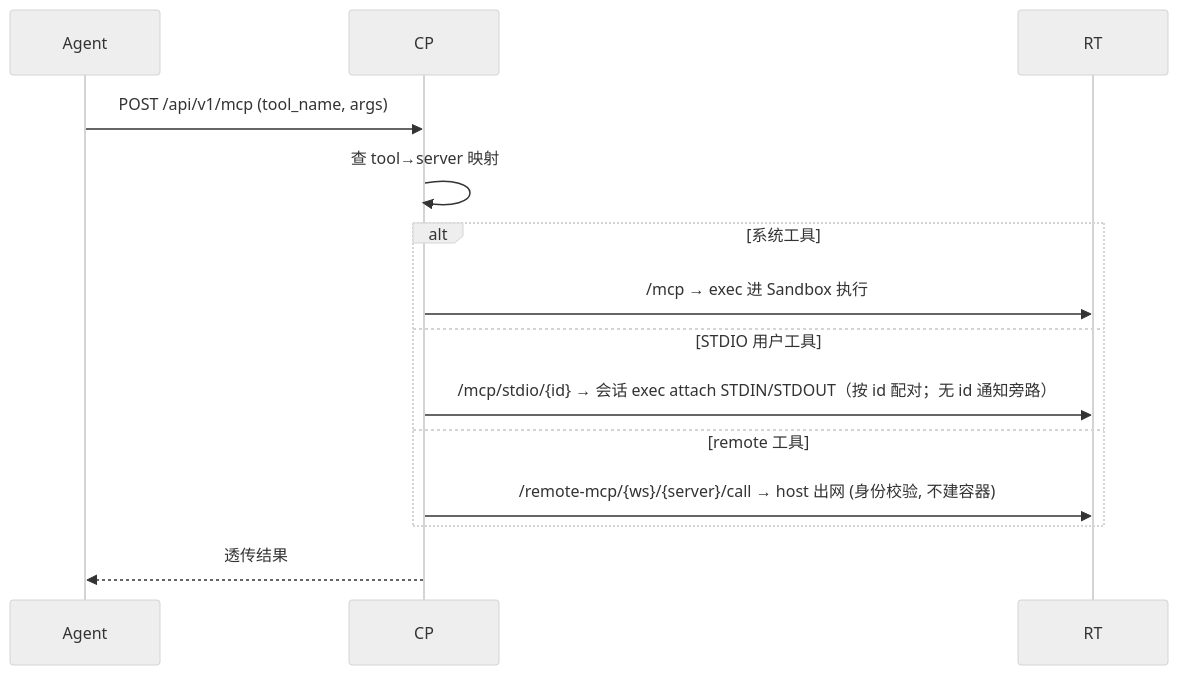
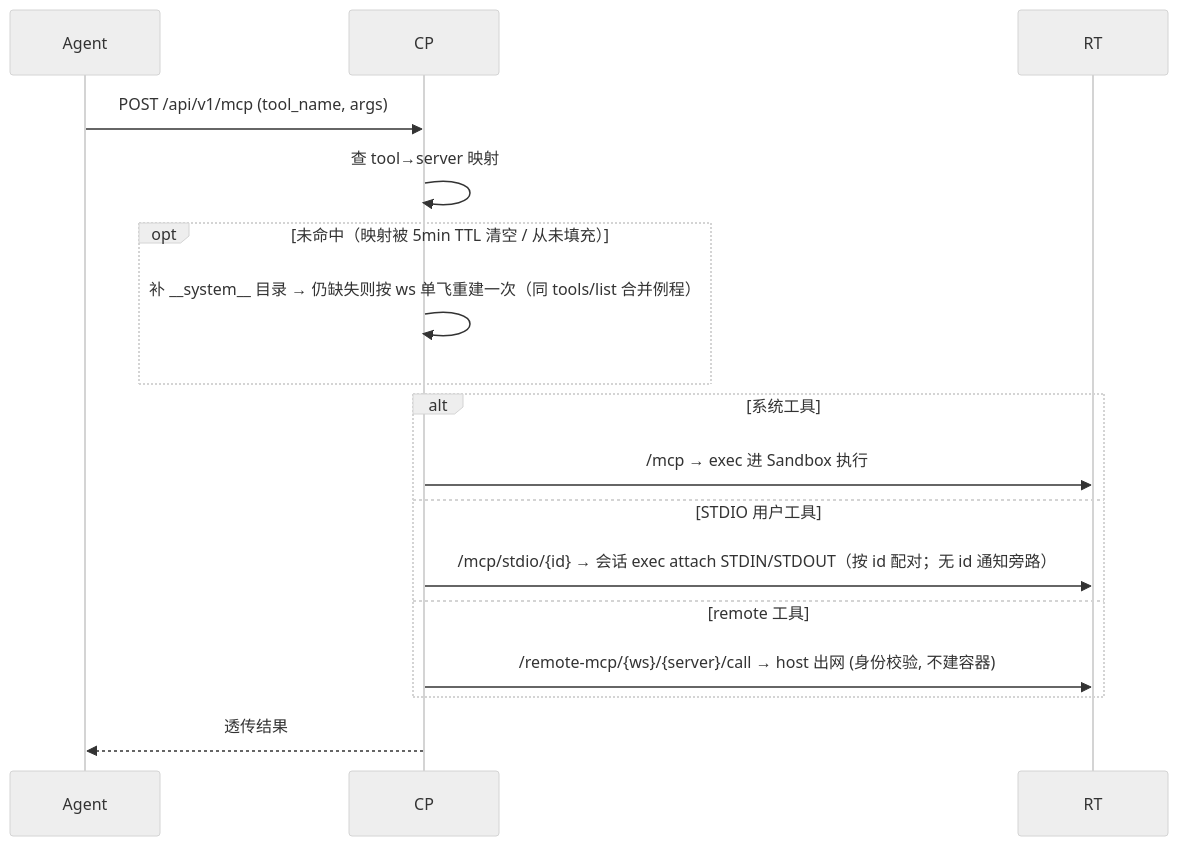
The third of 3 diagrams in docs/i18n/zh-Hans/DEV-016-mcp-architecture.md (cc01cc/xihe-project), drawn with Mermaid before and after one commit. The commit also changed other lines of this file and 6 other files, not shown here.

````diff
--- a/docs/i18n/zh-Hans/DEV-016-mcp-architecture.md
+++ b/docs/i18n/zh-Hans/DEV-016-mcp-architecture.md
@@ -82,14 +82,17 @@
 ```mermaid
 %%{init: {'theme': 'neutral'}}%%
 sequenceDiagram
   Agent->>CP: POST /api/v1/mcp (tool_name, args)
   CP->>CP: 查 tool→server 映射
+  opt 未命中（映射被 5min TTL 清空 / 从未填充）
+    CP->>CP: 补 __system__ 目录 → 仍缺失则按 ws 单飞重建一次（同 tools/list 合并例程）
+  end
   alt 系统工具
     CP->>RT: /mcp → exec 进 Sandbox 执行
   else STDIO 用户工具
     CP->>RT: /mcp/stdio/{id} → 会话 exec attach STDIN/STDOUT（按 id 配对；无 id 通知旁路）
   else remote 工具
     CP->>RT: /remote-mcp/{ws}/{server}/call → host 出网 (身份校验, 不建容器)
   end
   CP-->>Agent: 透传结果
 ```
````
